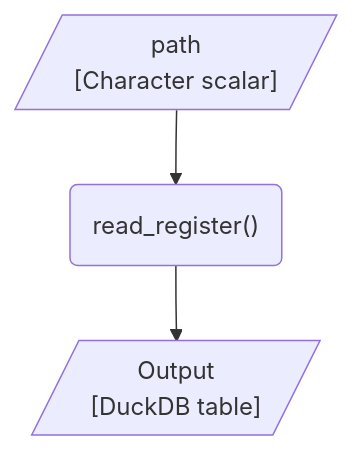
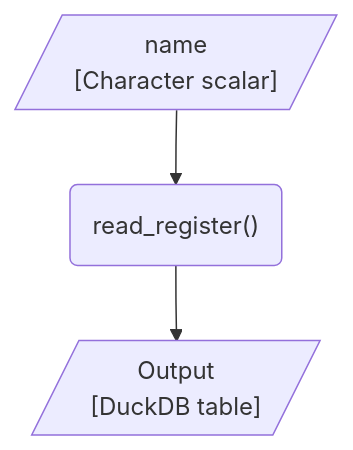
Before and after one commit to dp-next/registers2parquet: the third of 3 diagrams in vignettes/design.qmd, drawn with Mermaid. The commit also changed other lines of this file and 4 other files, not shown here.

````diff
--- a/vignettes/design.qmd
+++ b/vignettes/design.qmd
@@ -112,13 +114,12 @@
 ```{mermaid}
 %%| label: fig-flow-use
 %%| fig-cap: "Expected workflow for reading a Parquet register as a DuckDB table using `read_register()`."
 %%| fig-alt: "A flowchart showing the expected flow of reading a Parquet register created with the fastreg package."
 flowchart TD
-    path[/"path<br>[Character scalar]"/]
+    name[/"name<br>[Character scalar]"/]
     read_register("read_register()")
     output[/"Output<br>[DuckDB table]"/]
 
     %% Edges
-    path --> read_register --> output
-
+    name --> read_register --> output
 ```
````
